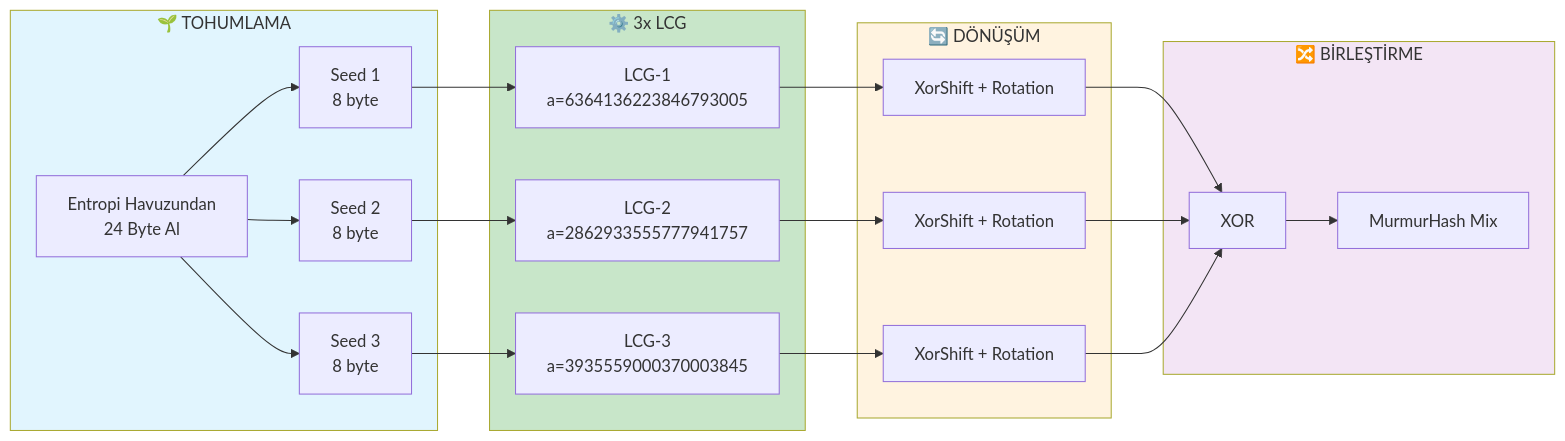
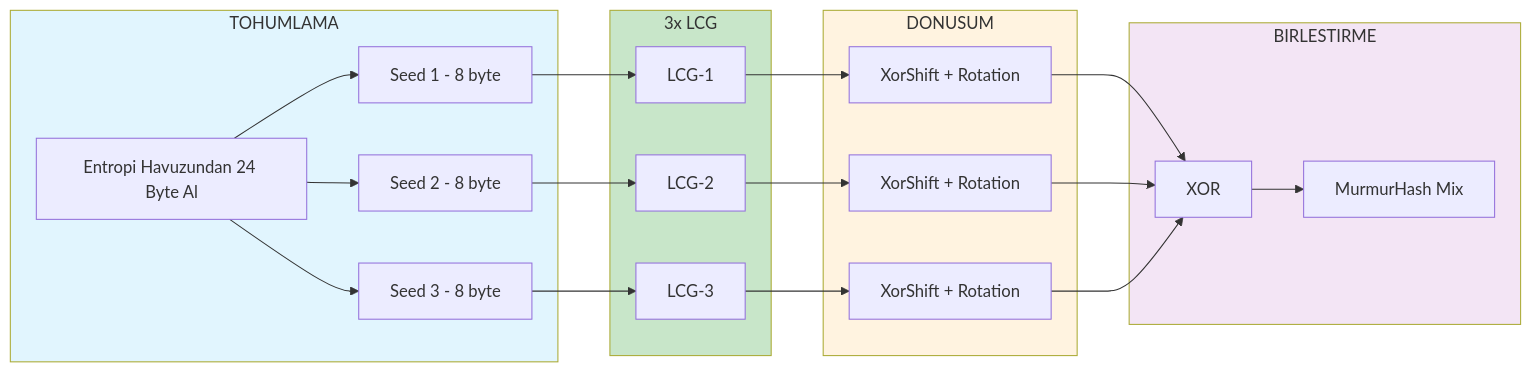
One commit to Samet230/Rastgele_Sayi_Ureteci changed the fourth of 9 diagrams in docs/FLOWCHART.md. Above: the diagram before and after it, drawn with Mermaid. The commit also changed other lines of this file, not shown here.

Commit message:
fix: Mermaid syntax duzeltildi - GitHub uyumlulugu

````diff
--- a/docs/FLOWCHART.md
+++ b/docs/FLOWCHART.md
@@ -141,33 +141,33 @@
 ```mermaid
 flowchart LR
-    subgraph SEED["🌱 TOHUMLAMA"]
-        S["Entropi Havuzundan<br/>24 Byte Al"]
-        S --> S1["Seed 1<br/>8 byte"]
-        S --> S2["Seed 2<br/>8 byte"]
-        S --> S3["Seed 3<br/>8 byte"]
+    subgraph SEED["TOHUMLAMA"]
+        S["Entropi Havuzundan 24 Byte Al"]
+        S --> S1["Seed 1 - 8 byte"]
+        S --> S2["Seed 2 - 8 byte"]
+        S --> S3["Seed 3 - 8 byte"]
     end
     
-    subgraph LCG["⚙️ 3x LCG"]
-        S1 --> L1["LCG-1<br/>a=6364136223846793005"]
-        S2 --> L2["LCG-2<br/>a=2862933555777941757"]
-        S3 --> L3["LCG-3<br/>a=3935559000370003845"]
+    subgraph LCG["3x LCG"]
+        S1 --> L1["LCG-1"]
+        S2 --> L2["LCG-2"]
+        S3 --> L3["LCG-3"]
     end
     
-    subgraph TRANSFORM["🔄 DÖNÜŞÜM"]
+    subgraph TRANSFORM["DONUSUM"]
         L1 --> T1["XorShift + Rotation"]
         L2 --> T2["XorShift + Rotation"]
         L3 --> T3["XorShift + Rotation"]
     end
     
-    subgraph COMBINE["🔀 BİRLEŞTİRME"]
+    subgraph COMBINE["BIRLESTIRME"]
         T1 --> X["XOR"]
         T2 --> X
         T3 --> X
         X --> MX["MurmurHash Mix"]
     end
     
     style SEED fill:#e1f5fe
     style LCG fill:#c8e6c9
     style TRANSFORM fill:#fff3e0
     style COMBINE fill:#f3e5f5
 ```
````
